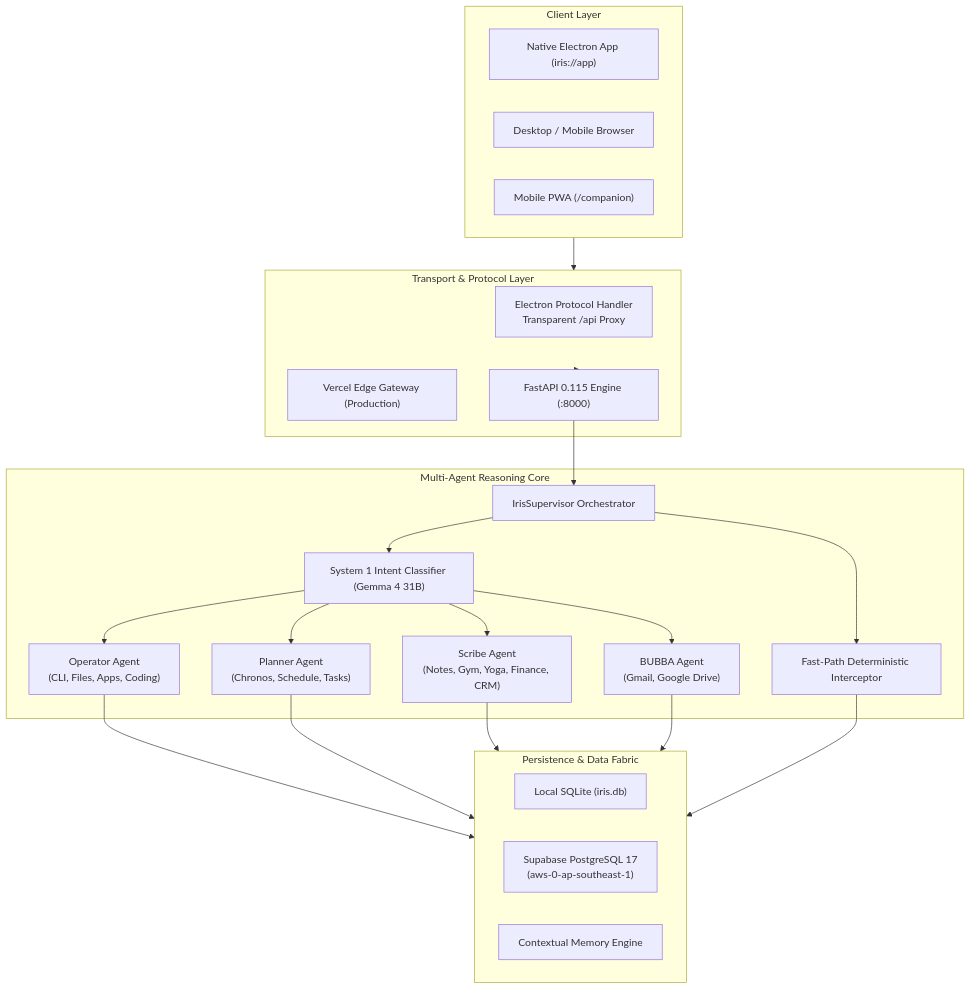
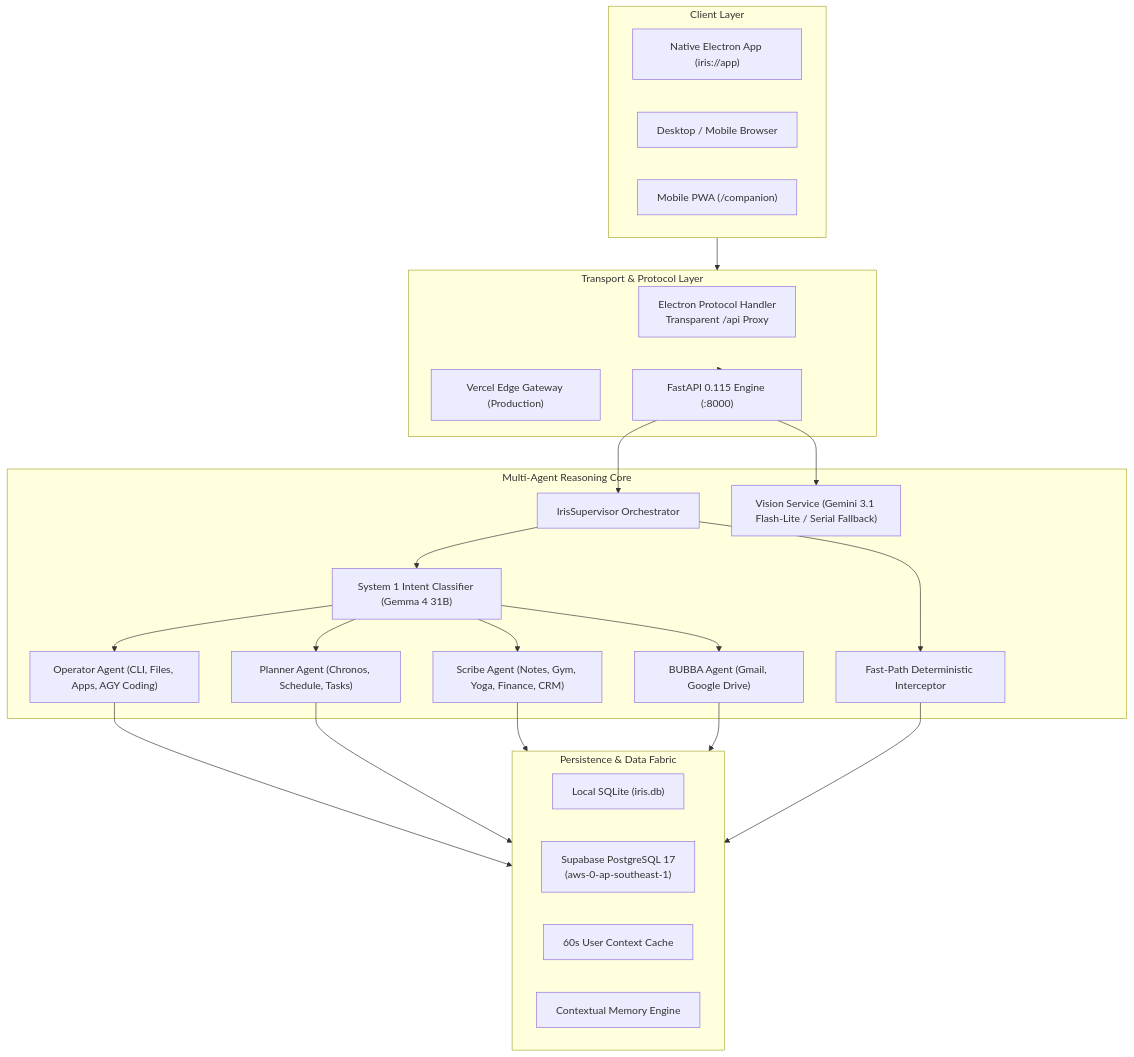
The second of 5 diagrams in KNOWLEDGE_TRANSFER.md (KIRTAN0902/IRIS), drawn with Mermaid before and after one commit. The commit also changed other lines of this file and 23 other files, not shown here.

````diff
--- a/KNOWLEDGE_TRANSFER.md
+++ b/KNOWLEDGE_TRANSFER.md
@@ -82,40 +92,41 @@
 ```mermaid
 flowchart TB
     subgraph Clients ["Client Layer"]
         Electron["Native Electron App (iris://app)"]
         Browser["Desktop / Mobile Browser"]
         PWA["Mobile PWA (/companion)"]
     end
 
     subgraph Gateway ["Transport & Protocol Layer"]
         CustomProto["Electron Protocol Handler<br/>Transparent /api Proxy"]
         VercelEdge["Vercel Edge Gateway (Production)"]
         FastAPIRouter["FastAPI 0.115 Engine (:8000)"]
     end
 
     subgraph Intelligence ["Multi-Agent Reasoning Core"]
         Supervisor["IrisSupervisor Orchestrator"]
         FastPath["Fast-Path Deterministic Interceptor"]
         Router["System 1 Intent Classifier (Gemma 4 31B)"]
-        
-        Operator["Operator Agent<br/>(CLI, Files, Apps, Coding)"]
-        Planner["Planner Agent<br/>(Chronos, Schedule, Tasks)"]
-        Scribe["Scribe Agent<br/>(Notes, Gym, Yoga, Finance, CRM)"]
-        BUBBA["BUBBA Agent<br/>(Gmail, Google Drive)"]
+        Operator["Operator Agent (CLI, Files, Apps, AGY Coding)"]
+        Planner["Planner Agent (Chronos, Schedule, Tasks)"]
+        Scribe["Scribe Agent (Notes, Gym, Yoga, Finance, CRM)"]
+        BUBBA["BUBBA Agent (Gmail, Google Drive)"]
+        Vision["Vision Service (Gemini 3.1 Flash-Lite / Serial Fallback)"]
     end
 
     subgraph Storage ["Persistence & Data Fabric"]
         SQLite["Local SQLite (iris.db)"]
         Supabase["Supabase PostgreSQL 17<br/>(aws-0-ap-southeast-1)"]
+        ContextCache["60s User Context Cache"]
         Memory["Contextual Memory Engine"]
     end
 
     Clients --> Gateway
     Gateway --> FastAPIRouter
-    FastAPIRouter --> Supervisor
+    FastAPIRouter --> Supervisor & Vision
     Supervisor --> FastPath
     Supervisor --> Router
     Router --> Operator & Planner & Scribe & BUBBA
     Operator & Planner & Scribe & BUBBA --> Storage
     FastPath --> Storage
 ```
````
